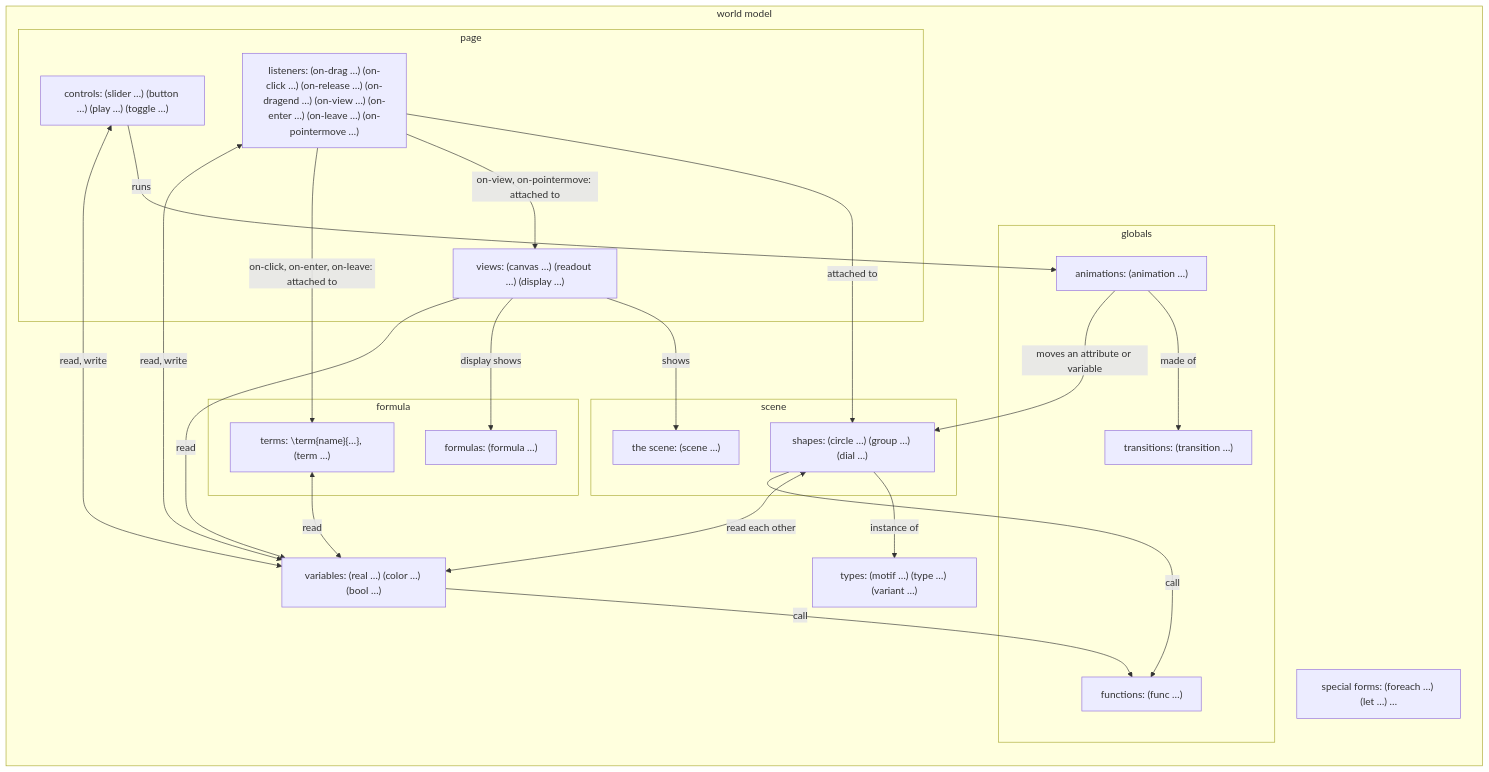
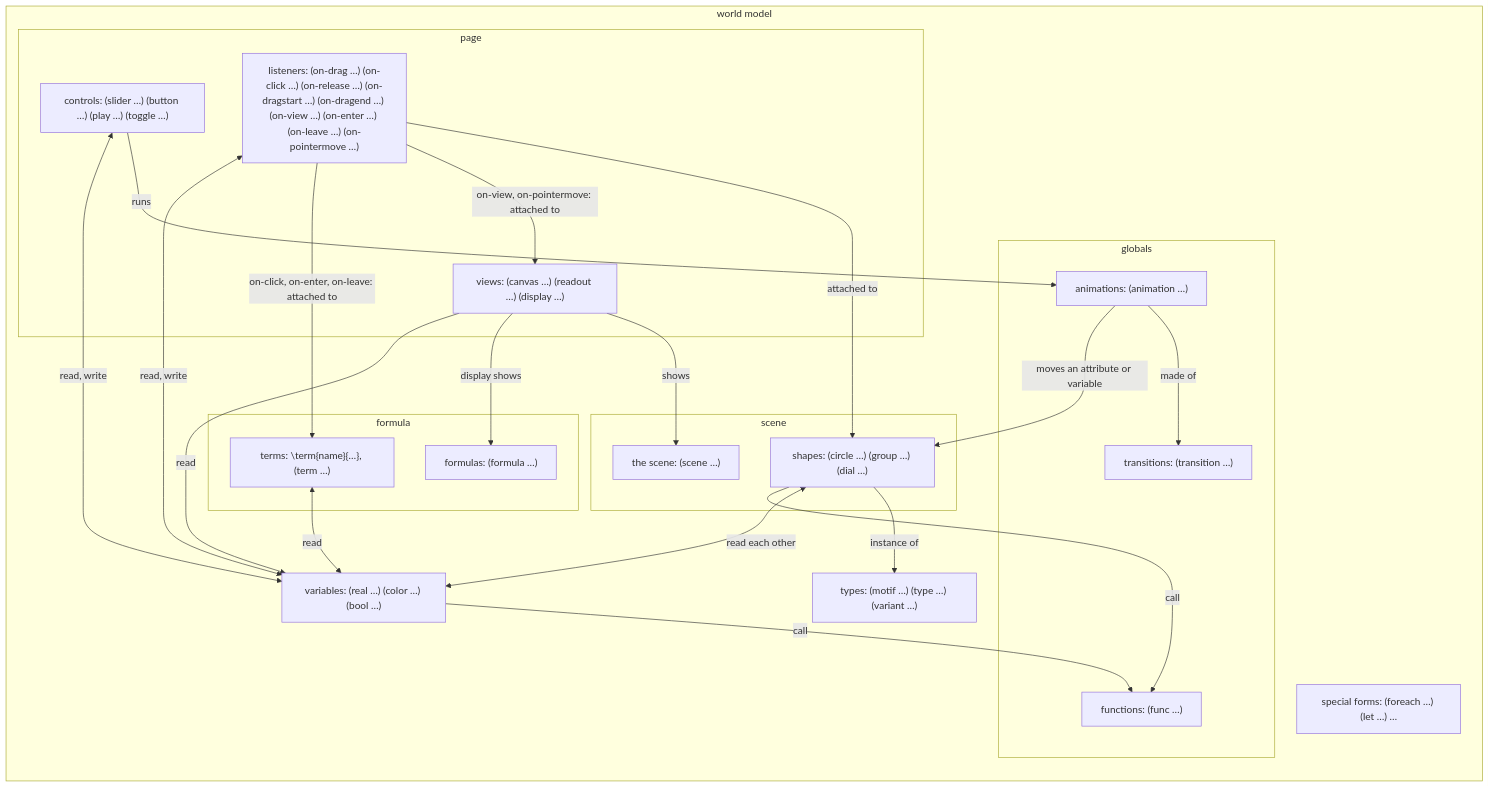
Before and after one commit to aris-pub/mathterpiece: the second of 3 diagrams in docs/data-model.md, drawn with Mermaid. The commit also changed other lines of this file and 22 other files, not shown here.

````diff
--- a/docs/data-model.md
+++ b/docs/data-model.md
@@ -98,40 +98,40 @@
 ```mermaid
 flowchart LR
   subgraph wm [world model]
     types["types: (motif …) (type …) (variant …)"]
     special["special forms: (foreach …) (let …) …"]
     subgraph scene
       sc["the scene: (scene …)"]
       shapes["shapes: (circle …) (group …) (dial …)"]
     end
     subgraph formula
       fm["formulas: (formula …)"]
       terms["terms: \term{name}{…}, (term …)"]
     end
     vars["variables: (real …) (color …) (bool …)"]
     subgraph globals
       funcs["functions: (func …)"]
       trans["transitions: (transition …)"]
       anims["animations: (animation …)"]
     end
     subgraph page
       views["views: (canvas …) (readout …) (display …)"]
-      listeners["listeners: (on-drag …) (on-click …) (on-release …) (on-dragend …) (on-view …) (on-enter …) (on-leave …) (on-pointermove …)"]
+      listeners["listeners: (on-drag …) (on-click …) (on-release …) (on-dragstart …) (on-dragend …) (on-view …) (on-enter …) (on-leave …) (on-pointermove …)"]
       controls["controls: (slider …) (button …) (play …) (toggle …)"]
     end
   end
   shapes -->|instance of| types
   shapes <-->|read each other| vars
   vars & shapes -->|call| funcs
   anims -->|made of| trans
   anims -->|moves an attribute or variable| shapes
   controls -->|runs| anims
   listeners -->|attached to| shapes
   listeners -->|on-view, on-pointermove: attached to| views
   views -->|shows| sc
   views -->|display shows| fm
   listeners -->|on-click, on-enter, on-leave: attached to| terms
   terms <-->|read| vars
   views -->|read| vars
   listeners & controls <-->|read, write| vars
 ```
````
